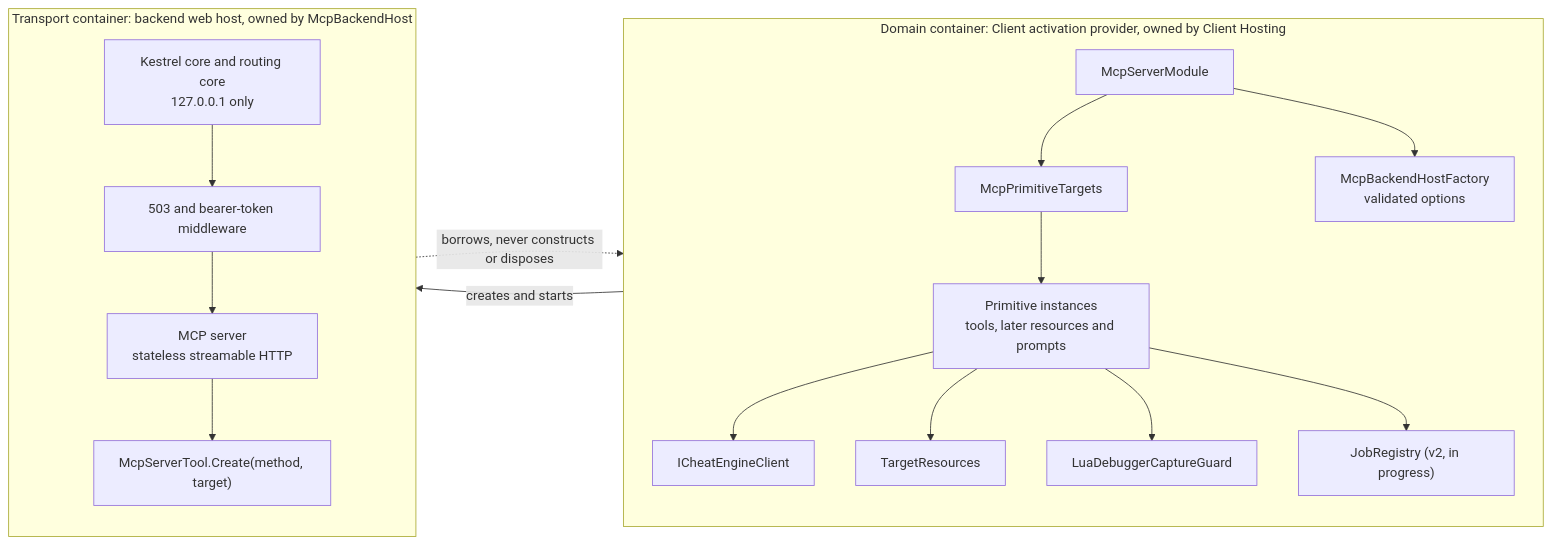
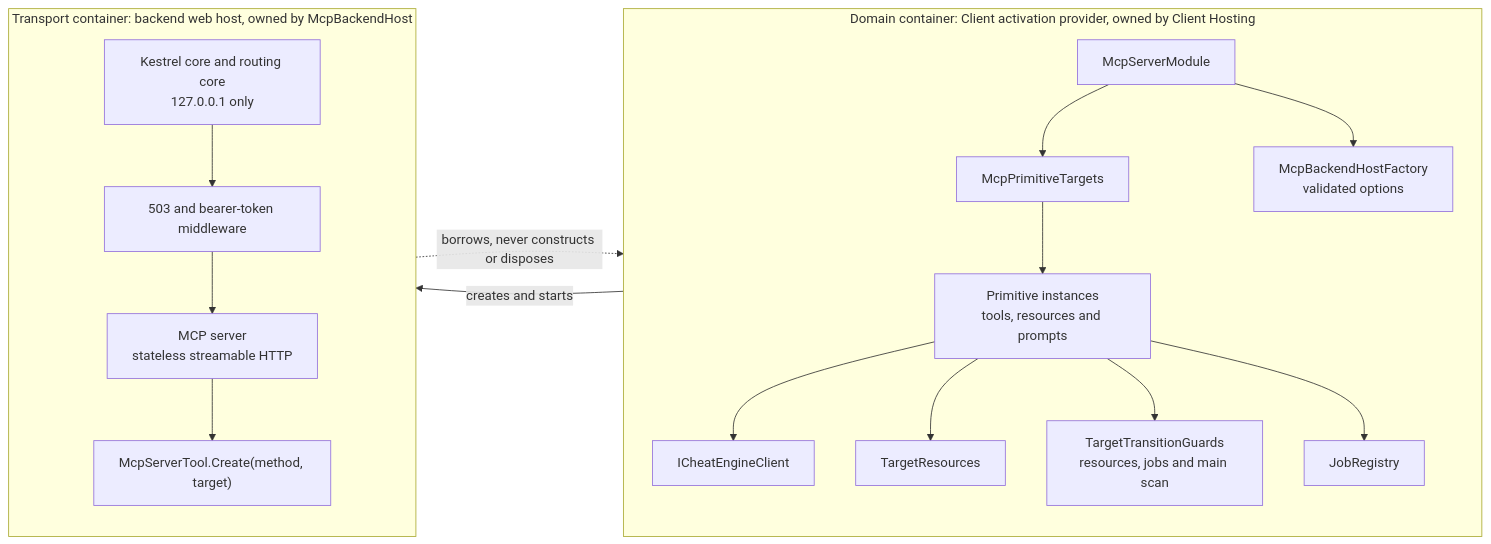
Before and after one commit to CheatEngineNet/CheatEngine.Mcp: the third of 7 diagrams in docs/architecture.md, drawn with Mermaid. The commit also changed other lines of this file and 385 other files, not shown here.

````diff
--- a/docs/architecture.md
+++ b/docs/architecture.md
@@ -141,30 +142,30 @@
 ```mermaid
 flowchart LR
     subgraph domain["Domain container: Client activation provider, owned by Client Hosting"]
         direction TB
         module["McpServerModule"]
         targets["McpPrimitiveTargets"]
-        prims["Primitive instances<br/>tools, later resources and prompts"]
+        prims["Primitive instances<br/>tools, resources and prompts"]
         client["ICheatEngineClient"]
         leases["TargetResources"]
-        guard["LuaDebuggerCaptureGuard"]
-        jobs["JobRegistry (v2, in progress)"]
+        guards["TargetTransitionGuards<br/>resources, jobs and main scan"]
+        jobs["JobRegistry"]
         factory["McpBackendHostFactory<br/>validated options"]
         module --> targets --> prims
         module --> factory
         prims --> client
         prims --> leases
-        prims --> guard
+        prims --> guards
         prims --> jobs
     end
     subgraph transport["Transport container: backend web host, owned by McpBackendHost"]
         direction TB
         kestrel["Kestrel core and routing core<br/>127.0.0.1 only"]
         middleware["503 and bearer-token middleware"]
         server["MCP server<br/>stateless streamable HTTP"]
         bound["McpServerTool.Create(method, target)"]
         kestrel --> middleware --> server --> bound
     end
     factory -->|"creates and starts"| transport
     bound -.->|"borrows, never constructs or disposes"| prims
 ```
````
